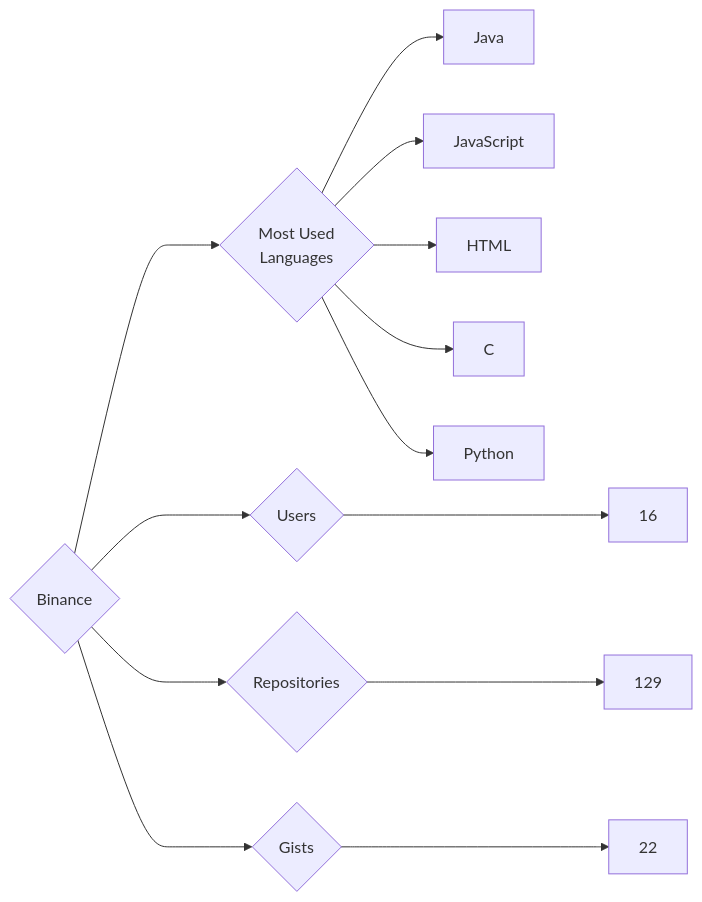
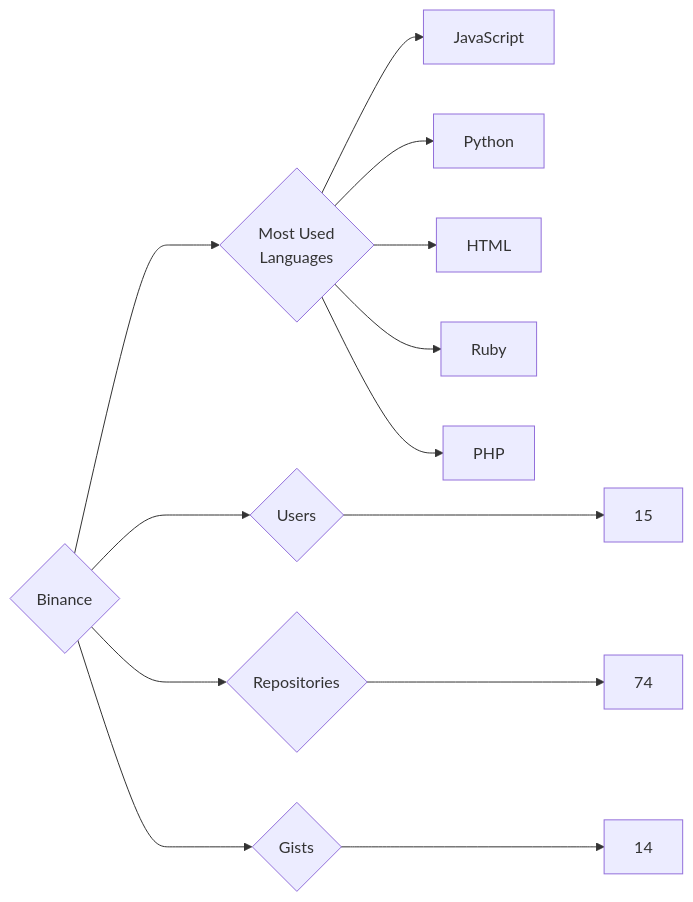
One commit to trickest/insiders changed the diagram in targets/Binance/README.md. Above: the diagram before and after it, drawn with Mermaid. The commit also changed 723 other files, not shown here.

````diff
--- a/targets/Binance/README.md
+++ b/targets/Binance/README.md
@@ -3,13 +3,13 @@
 ```mermaid
 graph LR
 COMPANY_NAME{Binance}
-COMPANY_NAME ---> U{Users} ---> UN[16]
-COMPANY_NAME ---> R{Repositories} ---> RN[129]
-COMPANY_NAME ---> G{Gists} ---> GN[22]
+COMPANY_NAME ---> U{Users} ---> UN[15]
+COMPANY_NAME ---> R{Repositories} ---> RN[74]
+COMPANY_NAME ---> G{Gists} ---> GN[14]
 COMPANY_NAME ---> ML{Most Used<br>Languages}
-ML --> Java[Java]
 ML --> JavaScript[JavaScript]
+ML --> Python[Python]
 ML --> HTML[HTML]
-ML --> C[C]
-ML --> Python[Python]
+ML --> Ruby[Ruby]
+ML --> PHP[PHP]
 ```
````
